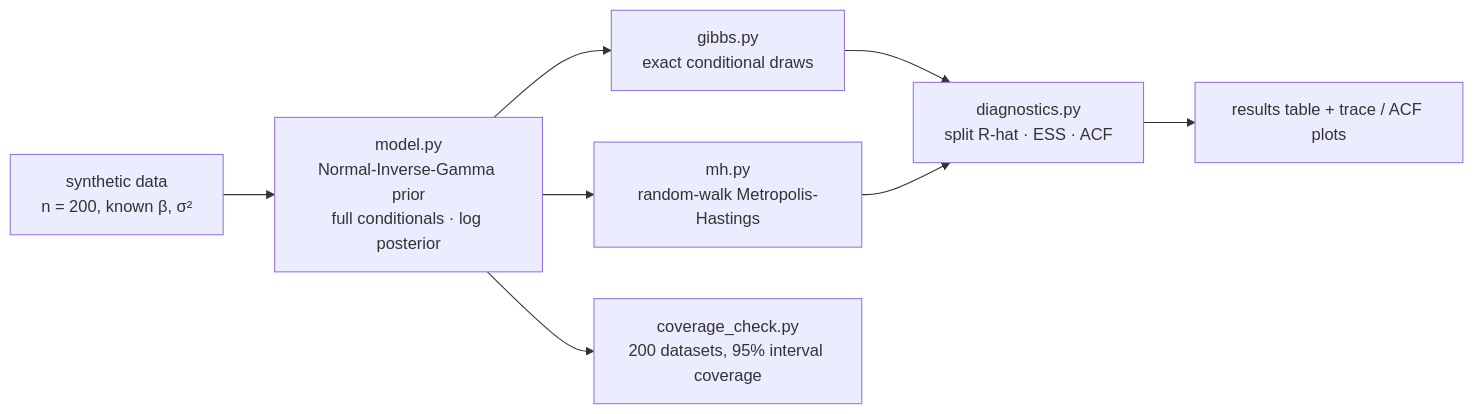
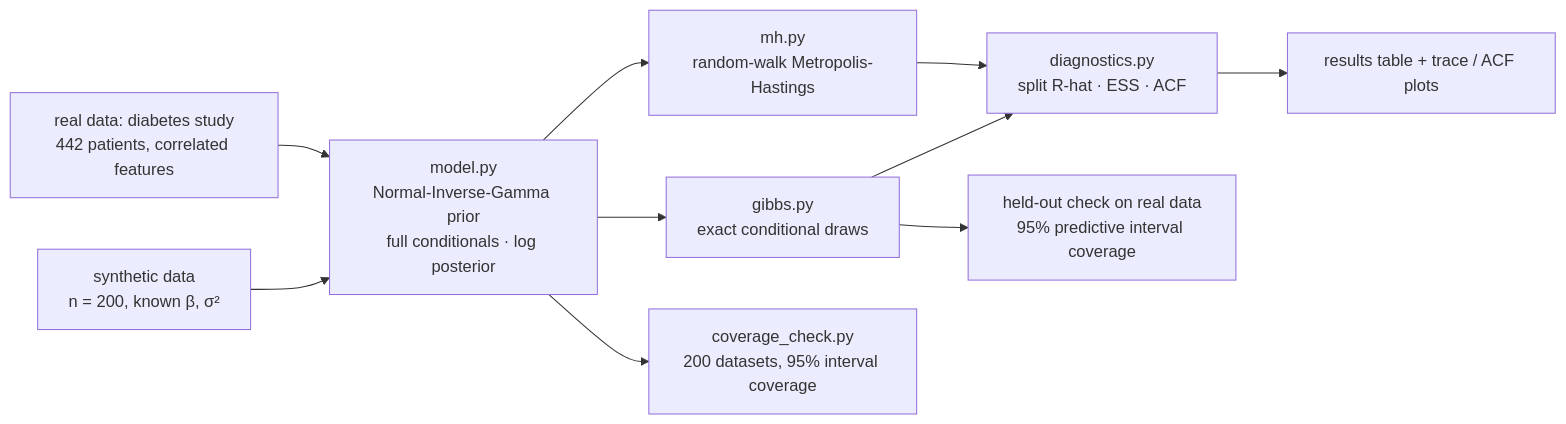
Before and after one commit to John-Ferd/mcmc-sampler: the diagram in README.md, drawn with Mermaid. The commit also changed other lines of this file and 8 other files, not shown here.

First line of the commit message:
Add real-data demo on the diabetes study (Efron et al. 2004)

````diff
--- a/README.md
+++ b/README.md
@@ -41,10 +70,12 @@
 ```mermaid
 flowchart LR
-  D["synthetic data<br/>n = 200, known β, σ²"] --> M["model.py<br/>Normal-Inverse-Gamma prior<br/>full conditionals · log posterior"]
+  D["synthetic data<br/>n = 200, known β, σ²"] --> M
+  R["real data: diabetes study<br/>442 patients, correlated features"] --> M["model.py<br/>Normal-Inverse-Gamma prior<br/>full conditionals · log posterior"]
   M --> G["gibbs.py<br/>exact conditional draws"]
   M --> H["mh.py<br/>random-walk Metropolis-Hastings"]
   G --> X["diagnostics.py<br/>split R-hat · ESS · ACF"]
   H --> X
   X --> O["results table + trace / ACF plots"]
   M --> C["coverage_check.py<br/>200 datasets, 95% interval coverage"]
+  G --> PP["held-out check on real data<br/>95% predictive interval coverage"]
 ```
````
